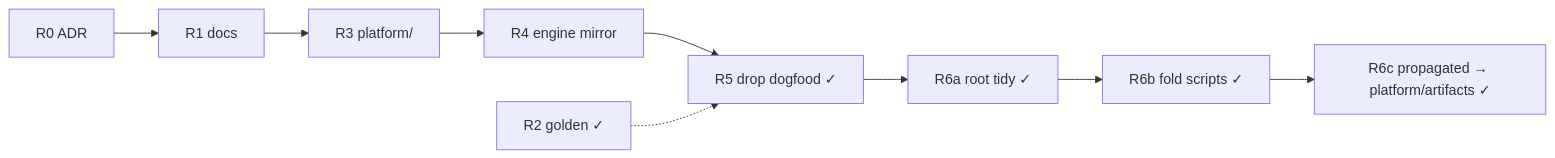
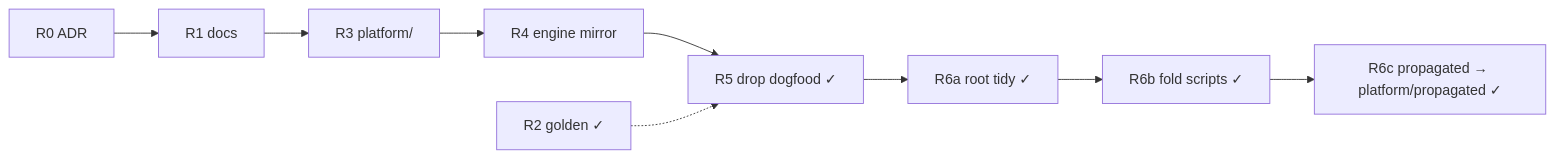
One commit to sibling-shipyard/coach-hq changed the second of 2 diagrams in docs/engineering/hq-restructure-plan.md. Above: the diagram before and after it, drawn with Mermaid. The commit also changed other lines of this file and 18 other files, not shown here.

First line of the commit message:
core: flatten R6c — platform/propagated/ not artifacts/propagated/

````diff
--- a/docs/engineering/hq-restructure-plan.md
+++ b/docs/engineering/hq-restructure-plan.md
@@ -43,11 +43,11 @@
 ```mermaid
 flowchart LR
   R0["R0 ADR"] --> R1["R1 docs"]
   R1 --> R3["R3 platform/"]
   R3 --> R4["R4 engine mirror"]
   R4 --> R5["R5 drop dogfood ✓"]
   R5 --> R6a["R6a root tidy ✓"]
   R6a --> R6b["R6b fold scripts ✓"]
-  R6b --> R6c["R6c propagated → platform/artifacts ✓"]
+  R6b --> R6c["R6c propagated → platform/propagated ✓"]
   R2["R2 golden ✓"] -.-> R5
 ```
````
